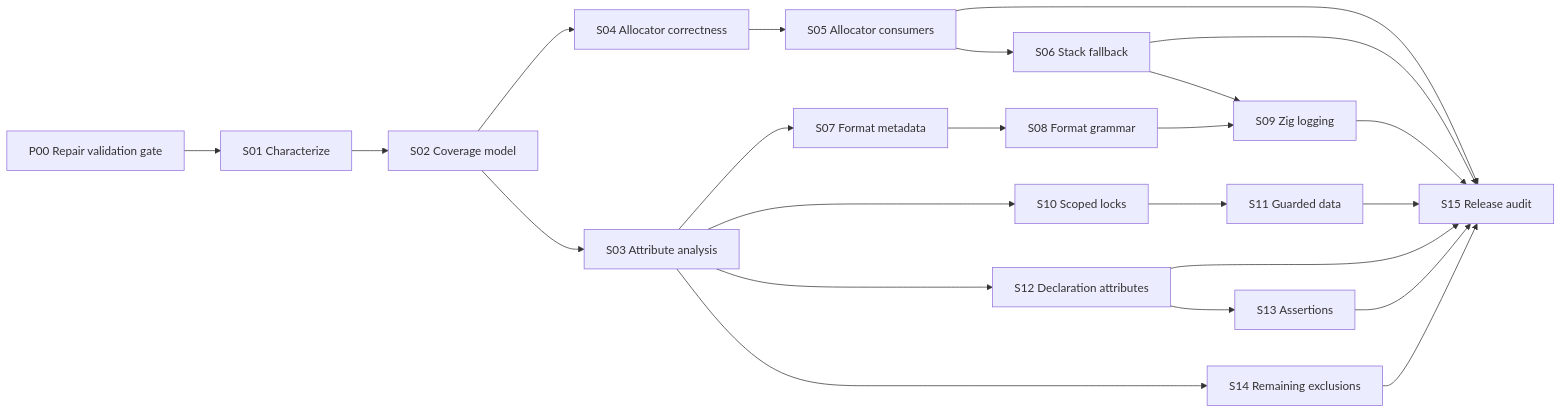
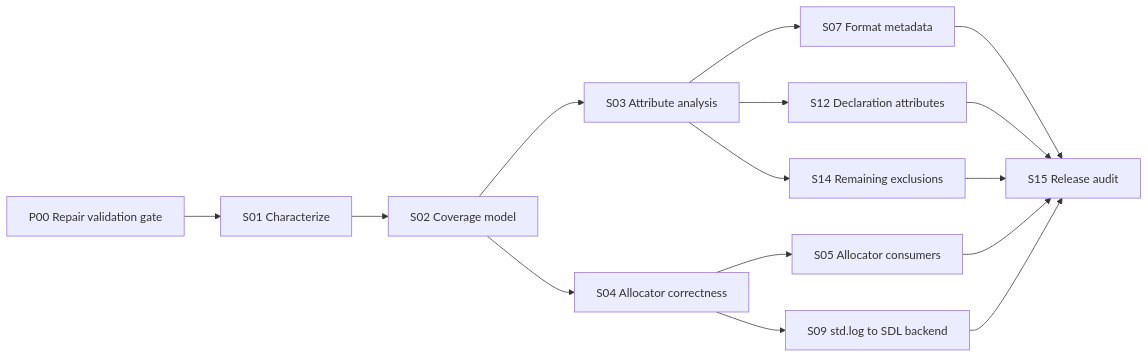
One commit to kxress/sdl3-zig changed the diagram in REPORT.md. Above: the diagram before and after it, drawn with Mermaid. The commit also changed other lines of this file, not shown here.

First line of the commit message:
Refine roadmap to cancel redundant Zig-native facilities

````diff
--- a/REPORT.md
+++ b/REPORT.md
@@ -750,21 +832,17 @@
 ```mermaid
 flowchart LR
     P00["P00 Repair validation gate"] --> S01["S01 Characterize"]
     S01 --> S02["S02 Coverage model"]
     S02 --> S03["S03 Attribute analysis"]
     S02 --> S04["S04 Allocator correctness"]
-    S04 --> S05["S05 Allocator consumers"] --> S06["S06 Stack fallback"]
-    S03 --> S07["S07 Format metadata"] --> S08["S08 Format grammar"]
-    S06 --> S09["S09 Zig logging"]
-    S08 --> S09
-    S03 --> S10["S10 Scoped locks"] --> S11["S11 Guarded data"]
-    S03 --> S12["S12 Declaration attributes"] --> S13["S13 Assertions"]
+    S04 --> S05["S05 Allocator consumers"]
+    S04 --> S09["S09 std.log to SDL backend"]
+    S03 --> S07["S07 Format metadata"]
+    S03 --> S12["S12 Declaration attributes"]
     S03 --> S14["S14 Remaining exclusions"]
     S05 --> S15["S15 Release audit"]
-    S06 --> S15
+    S07 --> S15
     S09 --> S15
-    S11 --> S15
     S12 --> S15
-    S13 --> S15
     S14 --> S15
 ```
````
